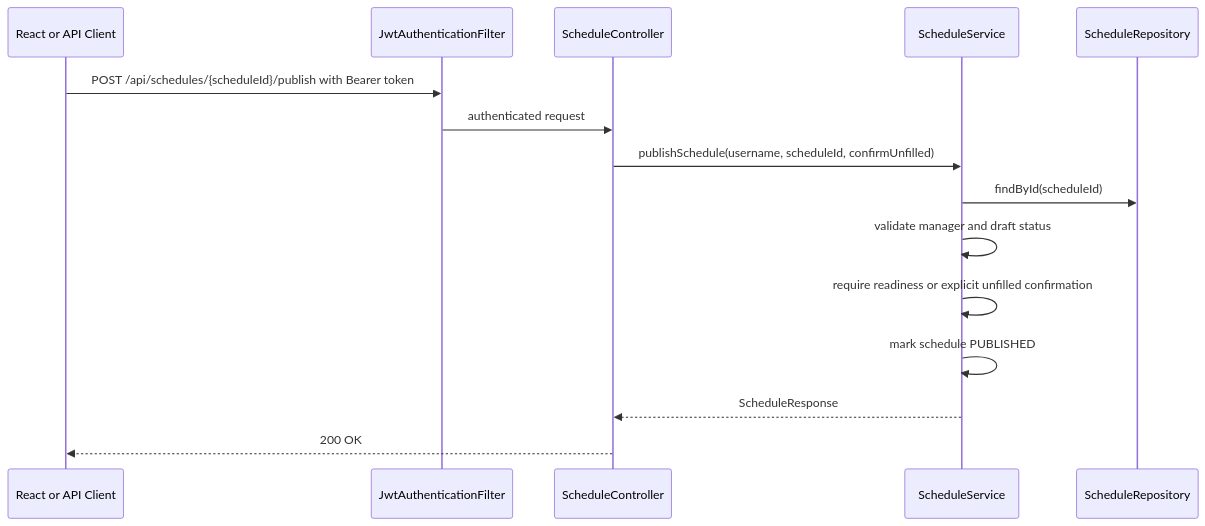
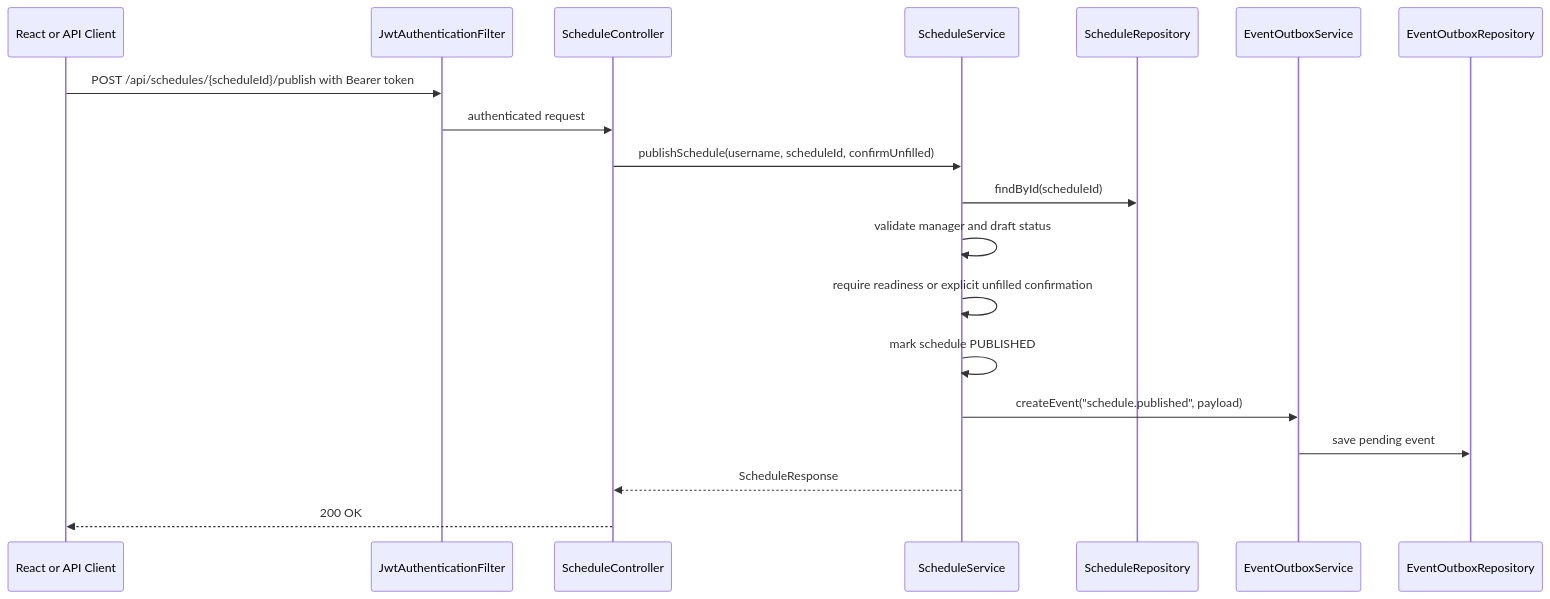
One commit to HiliMor/shift-management-system changed the seventh of 15 diagrams in docs/current-backend-architecture.md. Above: the diagram before and after it, drawn with Mermaid. The commit also changed other lines of this file and 11 other files, not shown here.

Commit message:
Notifications: add event outbox for schedule publication

````diff
--- a/docs/current-backend-architecture.md
+++ b/docs/current-backend-architecture.md
@@ -279,18 +313,22 @@
 ```mermaid
 sequenceDiagram
     participant Client as React or API Client
     participant Security as JwtAuthenticationFilter
     participant ScheduleController
     participant ScheduleService
     participant ScheduleRepository
+    participant EventOutboxService
+    participant EventOutboxRepository
 
     Client->>Security: POST /api/schedules/{scheduleId}/publish with Bearer token
     Security->>ScheduleController: authenticated request
     ScheduleController->>ScheduleService: publishSchedule(username, scheduleId, confirmUnfilled)
     ScheduleService->>ScheduleRepository: findById(scheduleId)
     ScheduleService->>ScheduleService: validate manager and draft status
     ScheduleService->>ScheduleService: require readiness or explicit unfilled confirmation
     ScheduleService->>ScheduleService: mark schedule PUBLISHED
+    ScheduleService->>EventOutboxService: createEvent("schedule.published", payload)
+    EventOutboxService->>EventOutboxRepository: save pending event
     ScheduleService-->>ScheduleController: ScheduleResponse
     ScheduleController-->>Client: 200 OK
 ```
````
